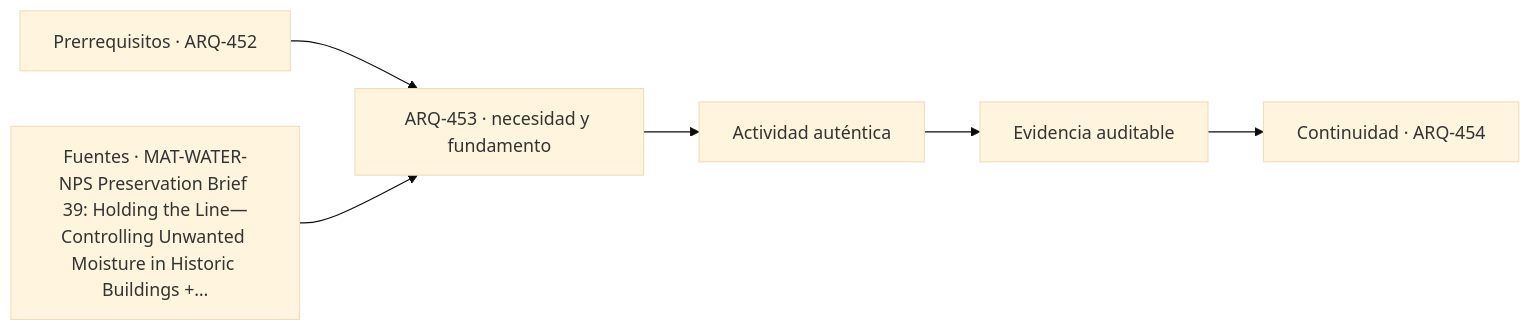
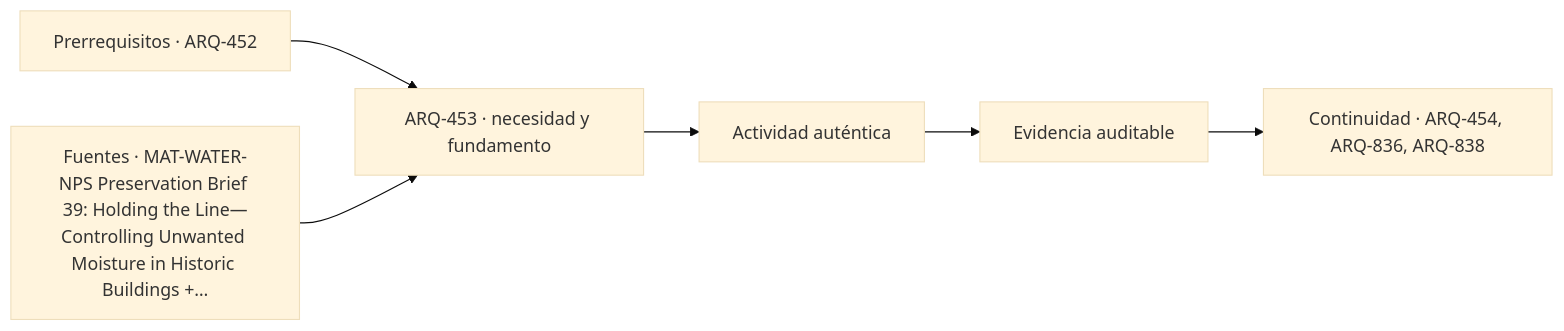
The diagram in classes/parte-46/ARQ-453.md (vladimiracunadev-create/architecture-built-environment-learning-program), drawn with Mermaid (base theme) before and after one commit. The commit also changed other lines of this file and 182 other files, not shown here.

````diff
--- a/classes/parte-46/ARQ-453.md
+++ b/classes/parte-46/ARQ-453.md
@@ -87,8 +87,8 @@
 ```mermaid
 flowchart LR
     A["Prerrequisitos · ARQ-452"] --> B["ARQ-453 · necesidad y fundamento"]
     S["Fuentes · MAT-WATER-NPS Preservation Brief 39: Holding the Line—Controlling Unwanted Moisture in Historic Buildings +…"] --> B
     B --> C["Actividad auténtica"]
     C --> D["Evidencia auditable"]
-    D --> E["Continuidad · ARQ-454"]
+    D --> E["Continuidad · ARQ-454, ARQ-836, ARQ-838"]
 ```
````
